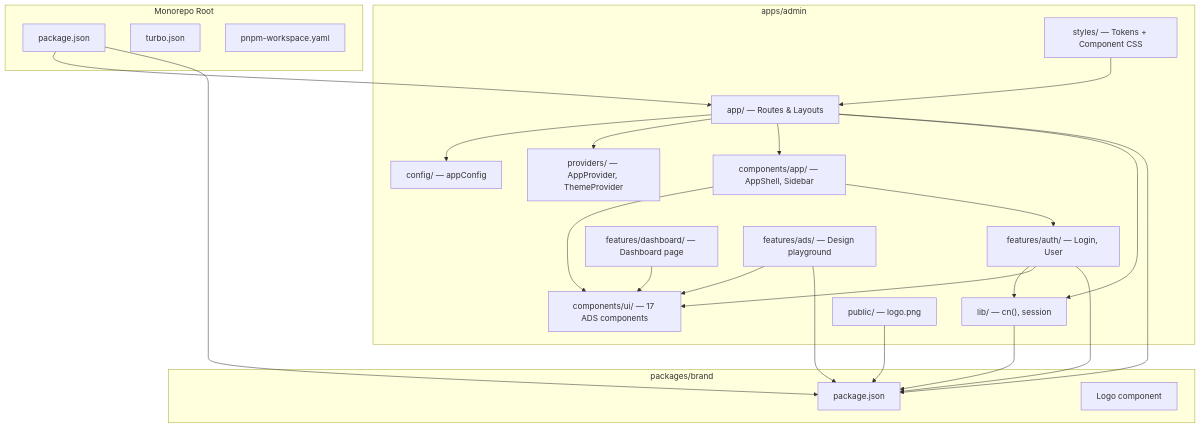
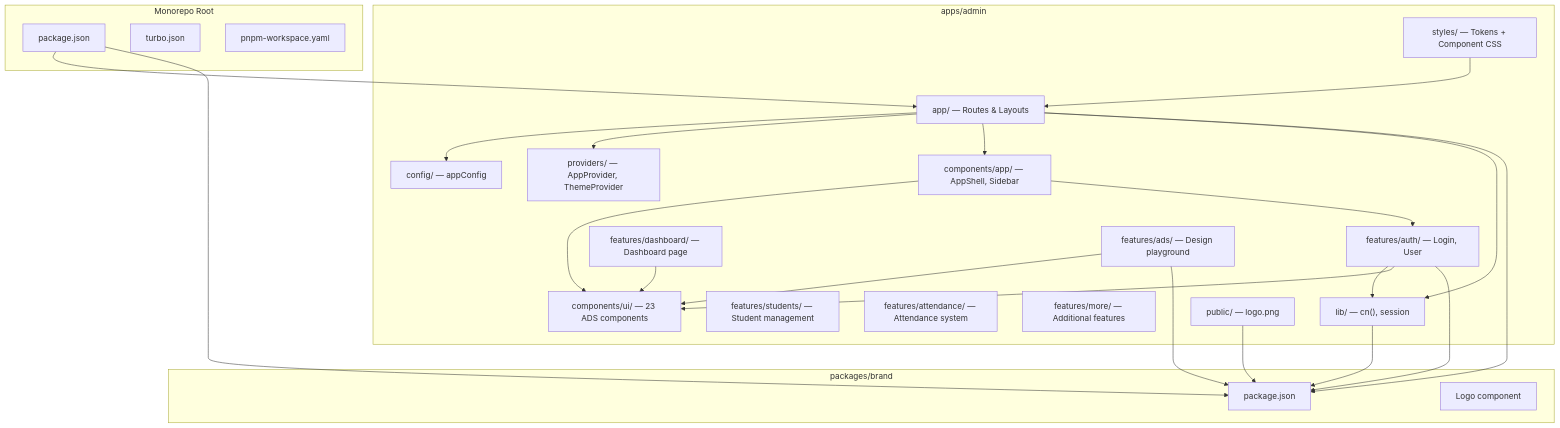
One commit to fuadrifki/almaarif-jambi-plus changed the ninth of 11 diagrams in .ai/ARCHITECTURE.md. Above: the diagram before and after it, drawn with Mermaid. The commit also changed other lines of this file and 7 other files, not shown here.

````diff
--- a/.ai/ARCHITECTURE.md
+++ b/.ai/ARCHITECTURE.md
@@ -865,52 +912,55 @@
 ```mermaid
 graph TD
     subgraph "Monorepo Root"
         ROOT_PKG["package.json"]
         TURBO["turbo.json"]
         WORKSPACE["pnpm-workspace.yaml"]
     end
 
     subgraph "apps/admin"
         APP["app/ — Routes & Layouts"]
         CONFIG["config/ — appConfig"]
         PROVIDERS["providers/ — AppProvider, ThemeProvider"]
-        COMP_UI["components/ui/ — 17 ADS components"]
+        COMP_UI["components/ui/ — 23 ADS components"]
         COMP_APP["components/app/ — AppShell, Sidebar"]
         FEAT_AUTH["features/auth/ — Login, User"]
         FEAT_DASH["features/dashboard/ — Dashboard page"]
         FEAT_ADS["features/ads/ — Design playground"]
+        FEAT_STUDENTS["features/students/ — Student management"]
+        FEAT_ATTENDANCE["features/attendance/ — Attendance system"]
+        FEAT_MORE["features/more/ — Additional features"]
         LIB["lib/ — cn(), session"]
         STYLES["styles/ — Tokens + Component CSS"]
         PUBLIC["public/ — logo.png"]
     end
 
     subgraph "packages/brand"
         BRAND_PKG["package.json"]
         LOGO["Logo component"]
     end
 
     ROOT_PKG --> APP
     ROOT_PKG --> BRAND_PKG
 
     APP --> CONFIG
     APP --> PROVIDERS
     APP --> COMP_APP
     APP --> LIB
 
     COMP_APP --> COMP_UI
     COMP_APP --> FEAT_AUTH
 
     FEAT_AUTH --> LIB
     FEAT_AUTH --> COMP_UI
 
     FEAT_DASH --> COMP_UI
     FEAT_ADS --> COMP_UI
 
     LIB --> BRAND_PKG
     APP --> BRAND_PKG
     FEAT_AUTH --> BRAND_PKG
     FEAT_ADS --> BRAND_PKG
 
     STYLES --> APP
     PUBLIC --> BRAND_PKG
 ```
````
